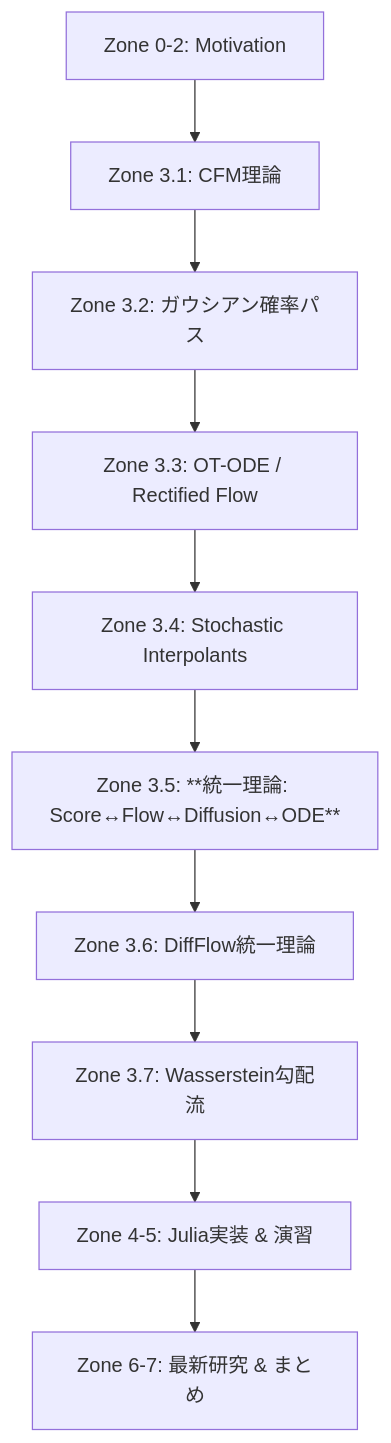
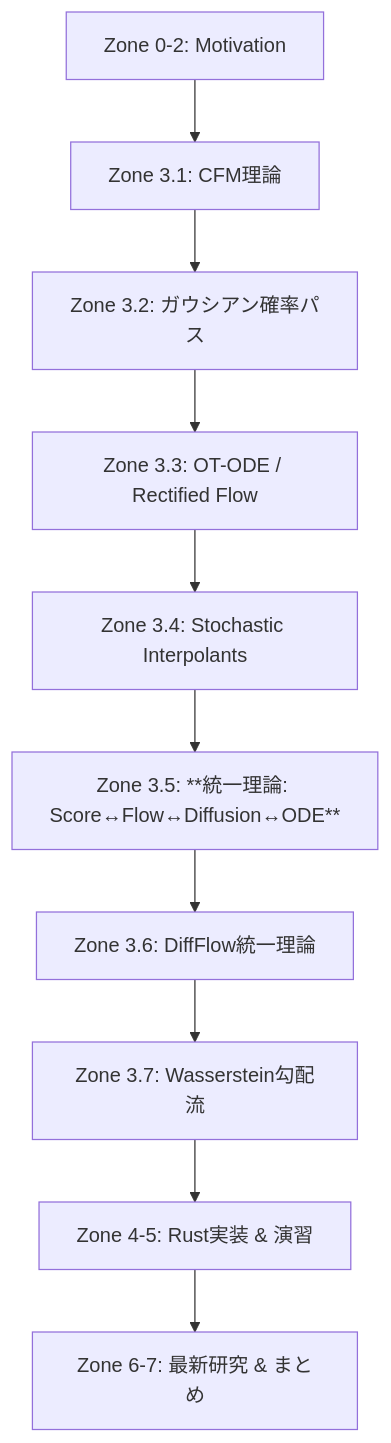
Before and after one commit to fumishiki/zenn: the first of 2 diagrams in articles/ml-lecture-38-part1.md, drawn with Mermaid. The commit also changed other lines of this file and 97 other files, not shown here.

````diff
--- a/articles/ml-lecture-38-part1.md
+++ b/articles/ml-lecture-38-part1.md
@@ -268,12 +297,12 @@
 ```mermaid
 graph TD
     A[Zone 0-2: Motivation] --> B[Zone 3.1: CFM理論]
     B --> C[Zone 3.2: ガウシアン確率パス]
     C --> D[Zone 3.3: OT-ODE / Rectified Flow]
     D --> E[Zone 3.4: Stochastic Interpolants]
     E --> F[Zone 3.5: **統一理論: Score↔Flow↔Diffusion↔ODE**]
     F --> G[Zone 3.6: DiffFlow統一理論]
     G --> H[Zone 3.7: Wasserstein勾配流]
-    H --> I[Zone 4-5: Julia実装 & 演習]
+    H --> I[Zone 4-5: Rust実装 & 演習]
     I --> J[Zone 6-7: 最新研究 & まとめ]
 ```
````
